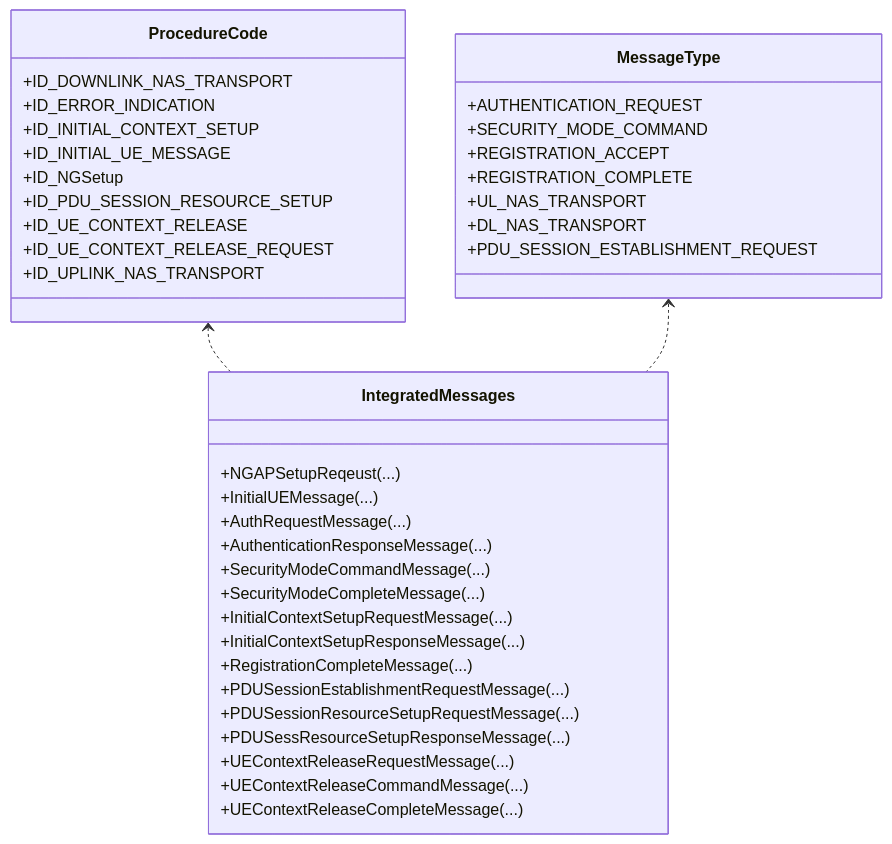
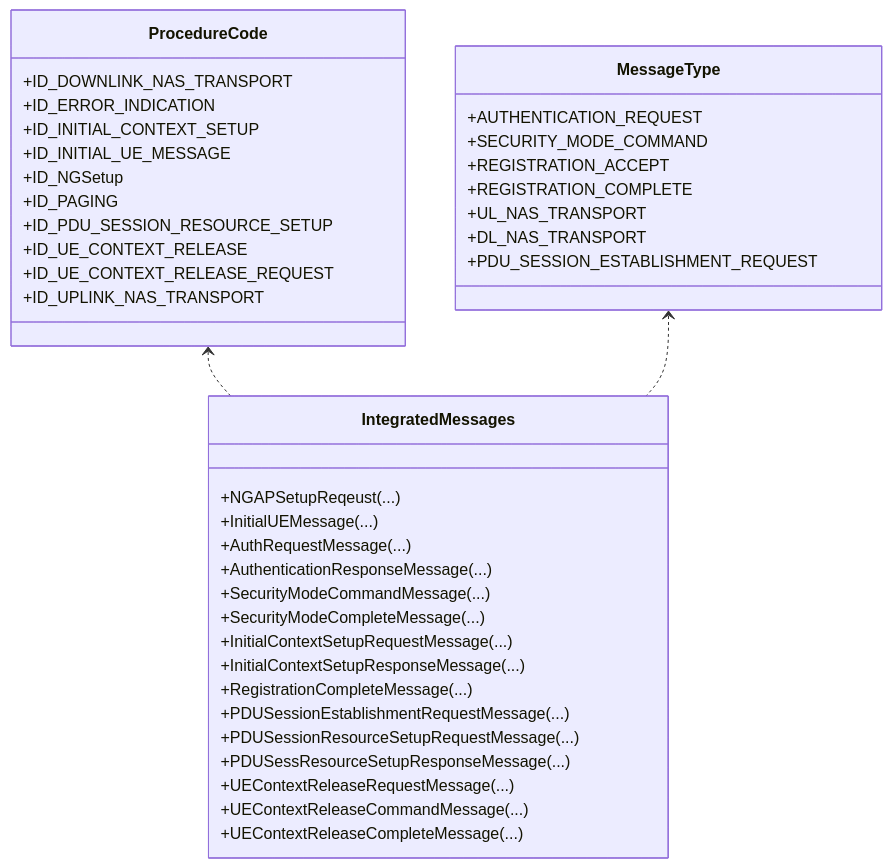
Before and after one commit to hackeryounow/coresimrunner: the seventh of 10 diagrams in .qoder/repowiki/en/content/Project Overview/Features Overview/Technical Capabilities.md, drawn with Mermaid. The commit also changed other lines of this file and 6 other files, not shown here.

````diff
--- a/.qoder/repowiki/en/content/Project Overview/Features Overview/Technical Capabilities.md
+++ b/.qoder/repowiki/en/content/Project Overview/Features Overview/Technical Capabilities.md
@@ -275,42 +318,43 @@
 ```mermaid
 classDiagram
 class ProcedureCode {
 +ID_DOWNLINK_NAS_TRANSPORT
 +ID_ERROR_INDICATION
 +ID_INITIAL_CONTEXT_SETUP
 +ID_INITIAL_UE_MESSAGE
 +ID_NGSetup
++ID_PAGING
 +ID_PDU_SESSION_RESOURCE_SETUP
 +ID_UE_CONTEXT_RELEASE
 +ID_UE_CONTEXT_RELEASE_REQUEST
 +ID_UPLINK_NAS_TRANSPORT
 }
 class MessageType {
 +AUTHENTICATION_REQUEST
 +SECURITY_MODE_COMMAND
 +REGISTRATION_ACCEPT
 +REGISTRATION_COMPLETE
 +UL_NAS_TRANSPORT
 +DL_NAS_TRANSPORT
 +PDU_SESSION_ESTABLISHMENT_REQUEST
 }
 class IntegratedMessages {
 +NGAPSetupReqeust(...)
 +InitialUEMessage(...)
 +AuthRequestMessage(...)
 +AuthenticationResponseMessage(...)
 +SecurityModeCommandMessage(...)
 +SecurityModeCompleteMessage(...)
 +InitialContextSetupRequestMessage(...)
 +InitialContextSetupResponseMessage(...)
 +RegistrationCompleteMessage(...)
 +PDUSessionEstablishmentRequestMessage(...)
 +PDUSessionResourceSetupRequestMessage(...)
 +PDUSessResourceSetupResponseMessage(...)
 +UEContextReleaseRequestMessage(...)
 +UEContextReleaseCommandMessage(...)
 +UEContextReleaseCompleteMessage(...)
 }
 ProcedureCode <.. IntegratedMessages
 MessageType <.. IntegratedMessages
 ```
````
